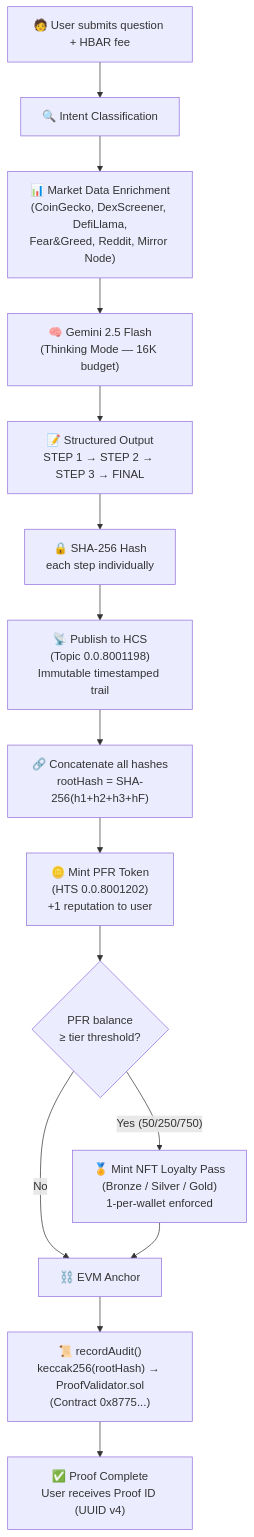
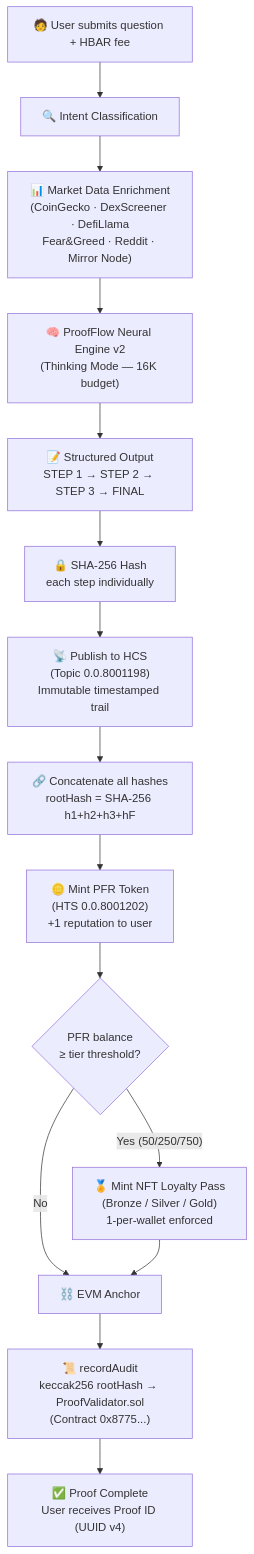
One commit to Handilusa/ProofFlow changed the diagram in README.md. Above: the diagram before and after it, drawn with Mermaid. The commit also changed other lines of this file, not shown here.

Commit message:
docs: rebrand to ProofFlow Neural Engine v2, fix Mermaid diagram rendering

````diff
--- a/README.md
+++ b/README.md
@@ -58,17 +58,17 @@
 ```mermaid
 flowchart TD
     A["🧑 User submits question + HBAR fee"] --> B["🔍 Intent Classification"]
-    B --> C["📊 Market Data Enrichment\n(CoinGecko, DexScreener, DefiLlama,\nFear&Greed, Reddit, Mirror Node)"]
-    C --> D["🧠 Gemini 2.5 Flash\n(Thinking Mode — 16K budget)"]
-    D --> E["📝 Structured Output\nSTEP 1 → STEP 2 → STEP 3 → FINAL"]
-    E --> F["🔒 SHA-256 Hash\neach step individually"]
-    F --> G["📡 Publish to HCS\n(Topic 0.0.8001198)\nImmutable timestamped trail"]
-    G --> H["🔗 Concatenate all hashes\nrootHash = SHA-256(h1+h2+h3+hF)"]
-    H --> I["🪙 Mint PFR Token\n(HTS 0.0.8001202)\n+1 reputation to user"]
-    I --> J{"PFR balance\n≥ tier threshold?"}
-    J -- "Yes (50/250/750)" --> K["🏅 Mint NFT Loyalty Pass\n(Bronze / Silver / Gold)\n1-per-wallet enforced"]
+    B --> C["📊 Market Data Enrichment<br/>(CoinGecko · DexScreener · DefiLlama<br/>Fear&amp;Greed · Reddit · Mirror Node)"]
+    C --> D["🧠 ProofFlow Neural Engine v2<br/>(Thinking Mode — 16K budget)"]
+    D --> E["📝 Structured Output<br/>STEP 1 → STEP 2 → STEP 3 → FINAL"]
+    E --> F["🔒 SHA-256 Hash<br/>each step individually"]
+    F --> G["📡 Publish to HCS<br/>(Topic 0.0.8001198)<br/>Immutable timestamped trail"]
+    G --> H["🔗 Concatenate all hashes<br/>rootHash = SHA-256 h1+h2+h3+hF"]
+    H --> I["🪙 Mint PFR Token<br/>(HTS 0.0.8001202)<br/>+1 reputation to user"]
+    I --> J{"PFR balance<br/>≥ tier threshold?"}
+    J -- "Yes (50/250/750)" --> K["🏅 Mint NFT Loyalty Pass<br/>(Bronze / Silver / Gold)<br/>1-per-wallet enforced"]
     J -- "No" --> L["⛓️ EVM Anchor"]
     K --> L
-    L --> M["📜 recordAudit()\nkeccak256(rootHash) → ProofValidator.sol\n(Contract 0x8775...)"]
-    M --> N["✅ Proof Complete\nUser receives Proof ID (UUID v4)"]
+    L --> M["📜 recordAudit<br/>keccak256 rootHash → ProofValidator.sol<br/>(Contract 0x8775...)"]
+    M --> N["✅ Proof Complete<br/>User receives Proof ID (UUID v4)"]
 ```
````
